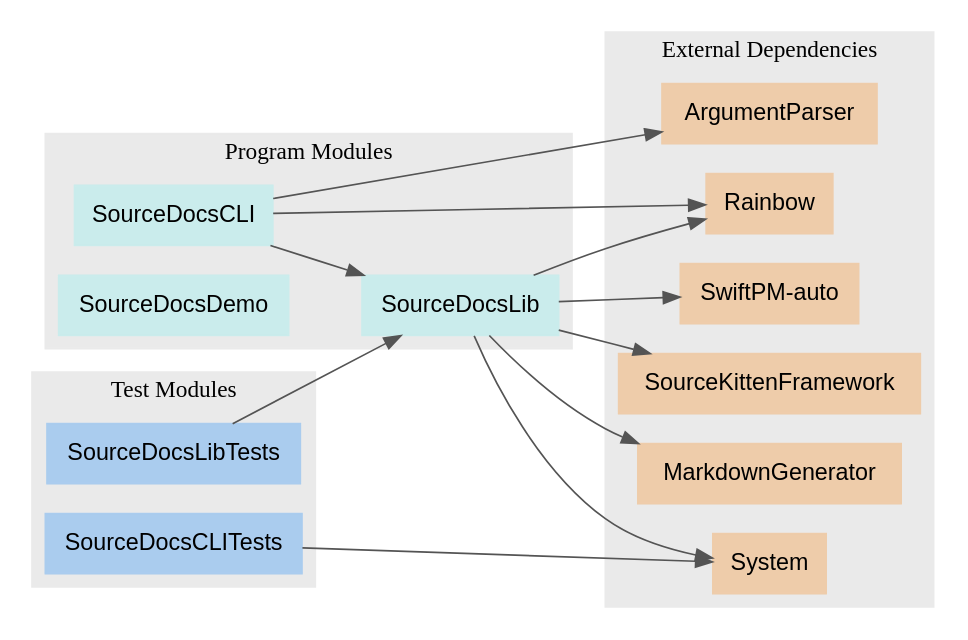
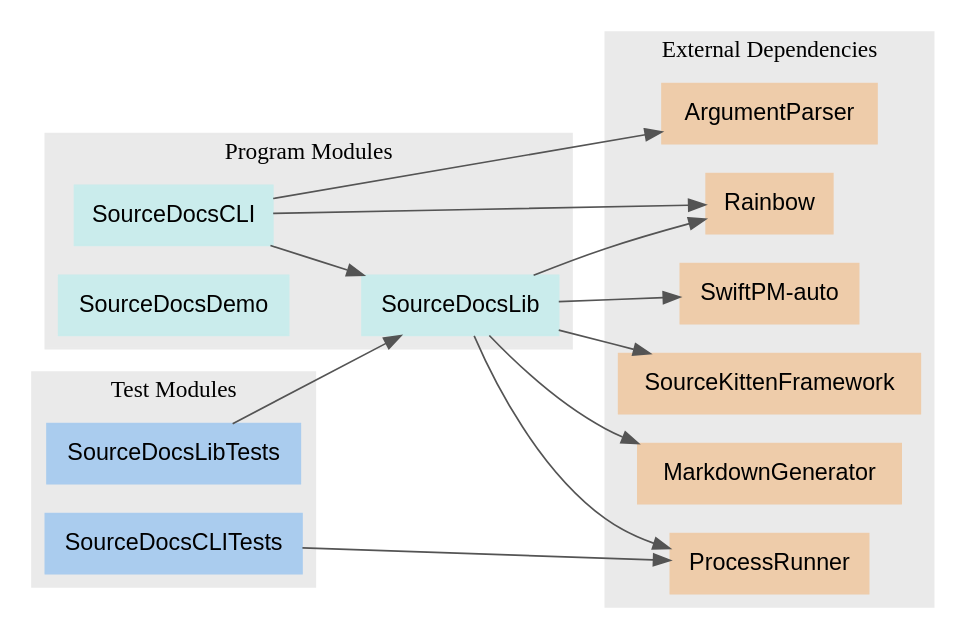
Before and after one commit to SourceDocs/SourceDocs: the diagram in docs/PackageModules.dot, drawn with Graphviz. The commit also changed 10 other files, not shown here.

First line of the commit message:
Fixing ProcessRunner Name Change (#60)

```diff
--- a/docs/PackageModules.dot
+++ b/docs/PackageModules.dot
@@ -1,41 +1,41 @@
 digraph ModuleDependencyGraph {
     rankdir = LR
     graph [fontname="Helvetica-light", style = filled, color = "#eaeaea"]
     node [shape=box, fontname="Helvetica", style=filled]
     edge [color="#545454"]
 
     subgraph clusterRegular {
         label = "Program Modules"
         node [color="#caecec"]
         "SourceDocsCLI"
         "SourceDocsLib"
         "SourceDocsDemo"
     }
     subgraph clusterTest {
         label = "Test Modules"
         node [color="#aaccee"]
         "SourceDocsCLITests"
         "SourceDocsLibTests"
     }
     subgraph clusterExternal {
         label = "External Dependencies"
         node [color="#eeccaa"]
         "ArgumentParser"
         "MarkdownGenerator"
+        "ProcessRunner"
         "Rainbow"
         "SourceKittenFramework"
         "SwiftPM-auto"
-        "System"
     }
 
     "SourceDocsCLI" -> "ArgumentParser"
     "SourceDocsCLI" -> "SourceDocsLib"
     "SourceDocsCLI" -> "Rainbow"
     "SourceDocsLib" -> "SourceKittenFramework"
     "SourceDocsLib" -> "SwiftPM-auto"
     "SourceDocsLib" -> "MarkdownGenerator"
     "SourceDocsLib" -> "Rainbow"
-    "SourceDocsLib" -> "System"
-    "SourceDocsCLITests" -> "System"
+    "SourceDocsLib" -> "ProcessRunner"
+    "SourceDocsCLITests" -> "ProcessRunner"
     "SourceDocsLibTests" -> "SourceDocsLib"
 }
```
